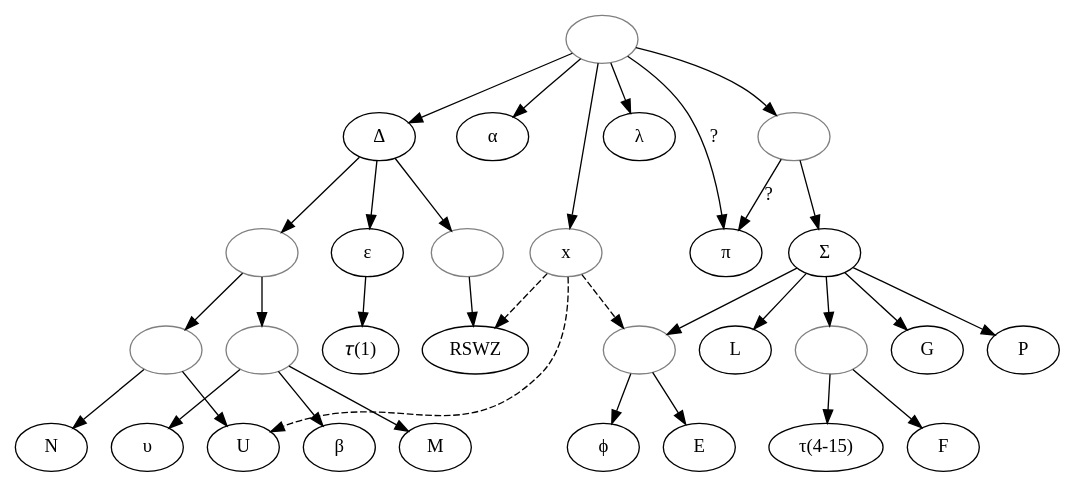
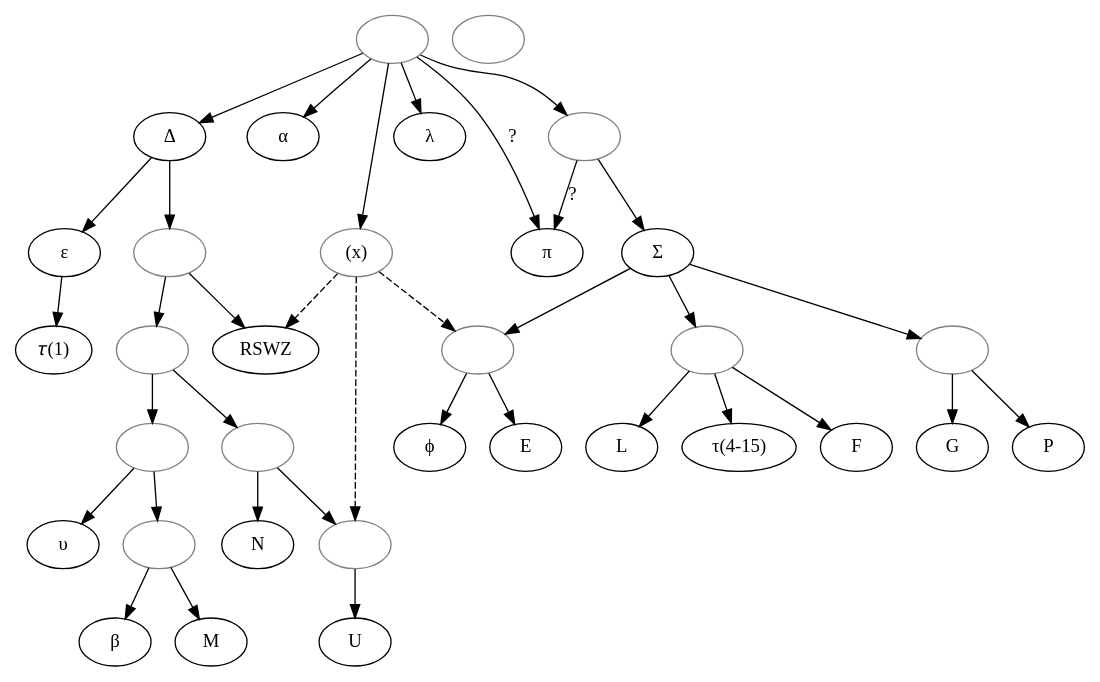
One commit to OpenStemmata/database changed the diagram in data/lat/Kenney_1995_Metamorphoses/stemma.gv. Above: the diagram before and after it, drawn with Graphviz. The commit also changed 4 other files, not shown here.

```diff
--- a/data/lat/Kenney_1995_Metamorphoses/stemma.gv
+++ b/data/lat/Kenney_1995_Metamorphoses/stemma.gv
@@ -1,58 +1,65 @@
 digraph {
 archetyp [color="grey", label=""];
 delta [label=" Δ"];
 epsilon [label="ɛ"];
 tau1 [label="𝜏(1)"];
 ypsilon [label="υ"];
 beta [label="β"];
 alpha [label="α"];
-x [color="grey"];
+x [color="grey", label="(x)"];
 lambda [label="λ"];
 pi [label="π"];
 sigma [label="Σ"];
 phi [label="ϕ"];
 tau [label="τ(4-15)"];
 preRSWZ [color="grey", label=""];
 1 [color="grey", label=""];
 2 [color="grey", label=""];
 3 [color="grey", label=""];
 4 [color="grey", label=""];
 5 [color="grey", label=""];
 6 [color="grey", label=""];
+delta2 [color="grey", label=""];
+pisigma [color="grey", label=""];
+preU [color="grey", label=""];
+GP [color="grey", label=""];
 
 archetyp -> delta;
 archetyp -> alpha;
 archetyp -> x;
 archetyp -> lambda;
 archetyp -> pi [label="?"];
 
 delta -> epsilon;
 epsilon -> tau1;
-delta -> preRSWZ;
-preRSWZ -> RSWZ;
-delta -> 1;
+delta -> delta2;
+delta2 -> RSWZ;
+delta2 -> 1;
 1 -> 2;
+2 -> 3;
 2 -> ypsilon;
-2 -> beta;
-2 -> M;
-1 -> 3;
-3 -> N;
-3 -> U;
+3 -> beta;
+3 -> M;
+1 -> 4;
+4 -> N;
+4 -> preU;
+preU -> U;
 
-x -> U [style="dashed"];
+x -> preU [style="dashed"];
 x -> RSWZ [style="dashed"];
 x -> 5 [style="dashed"];
 
-archetyp -> 4;
-4 -> pi [label="?"];
-4 -> sigma;
+archetyp -> pisigma;
+pisigma -> pi [label="?"];
+pisigma -> sigma;
 sigma -> 5;
 5 -> E;
 5 -> phi;
-sigma -> G;
-sigma -> P;
+sigma -> GP
+GP -> G;
+GP -> P;
 sigma -> 6;
 6 -> F;
 6 -> tau;
-sigma -> L;
+6 -> L;
 }
```
